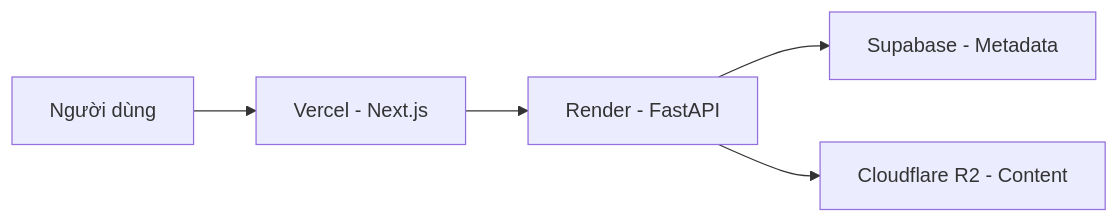
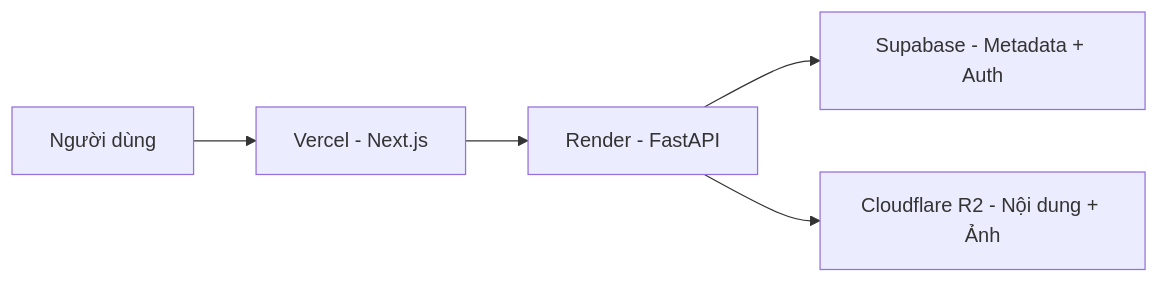
One commit to Nakazasen/mat-the-website changed the diagram in README.md. Above: the diagram before and after it, drawn with Mermaid. The commit also changed other lines of this file, not shown here.

````diff
--- a/README.md
+++ b/README.md
@@ -9,7 +12,7 @@
 ```mermaid
 graph LR
     A[Người dùng] --> B[Vercel - Next.js]
     B --> C[Render - FastAPI]
-    C --> D[Supabase - Metadata]
-    C --> E[Cloudflare R2 - Content]
+    C --> D[Supabase - Metadata + Auth]
+    C --> E[Cloudflare R2 - Nội dung + Ảnh]
 ```
````
